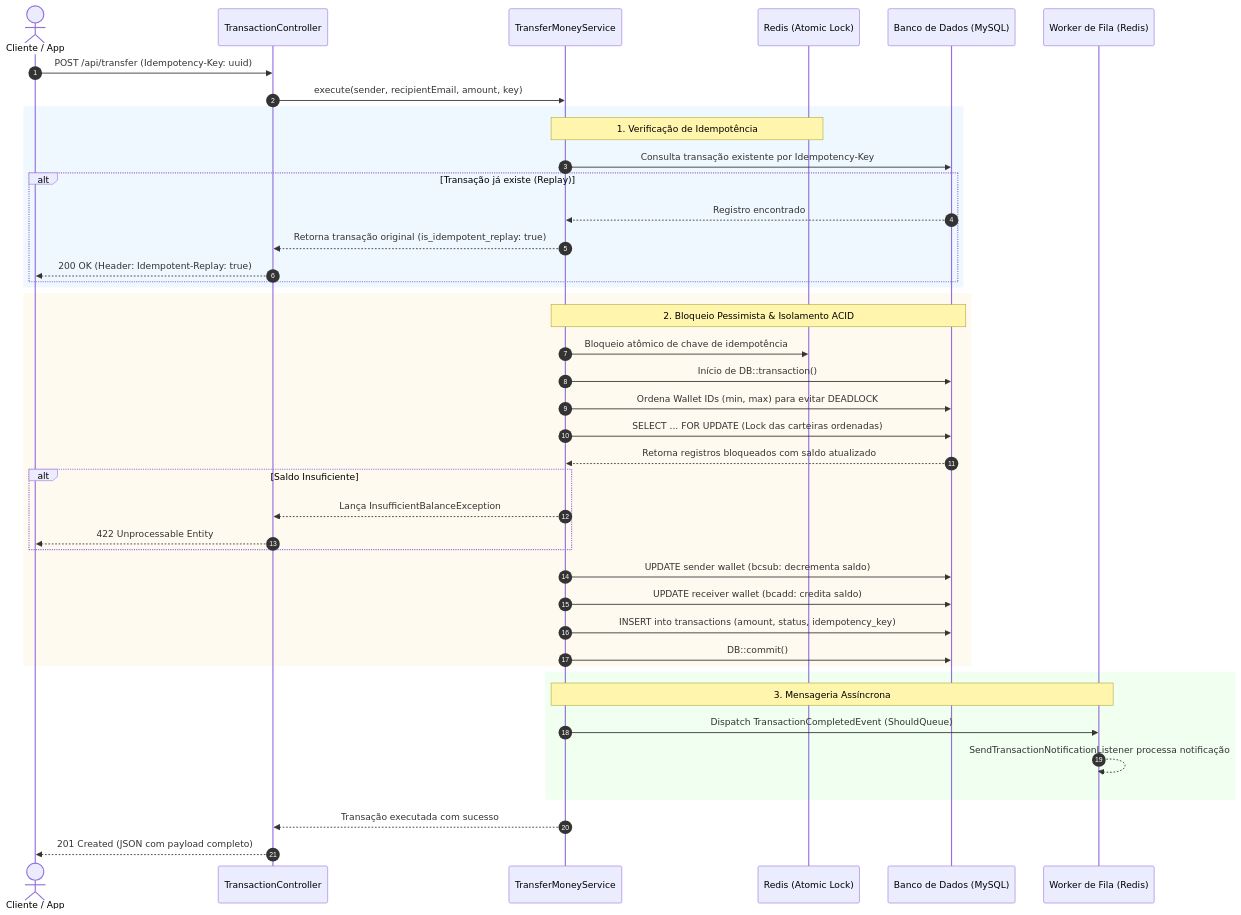
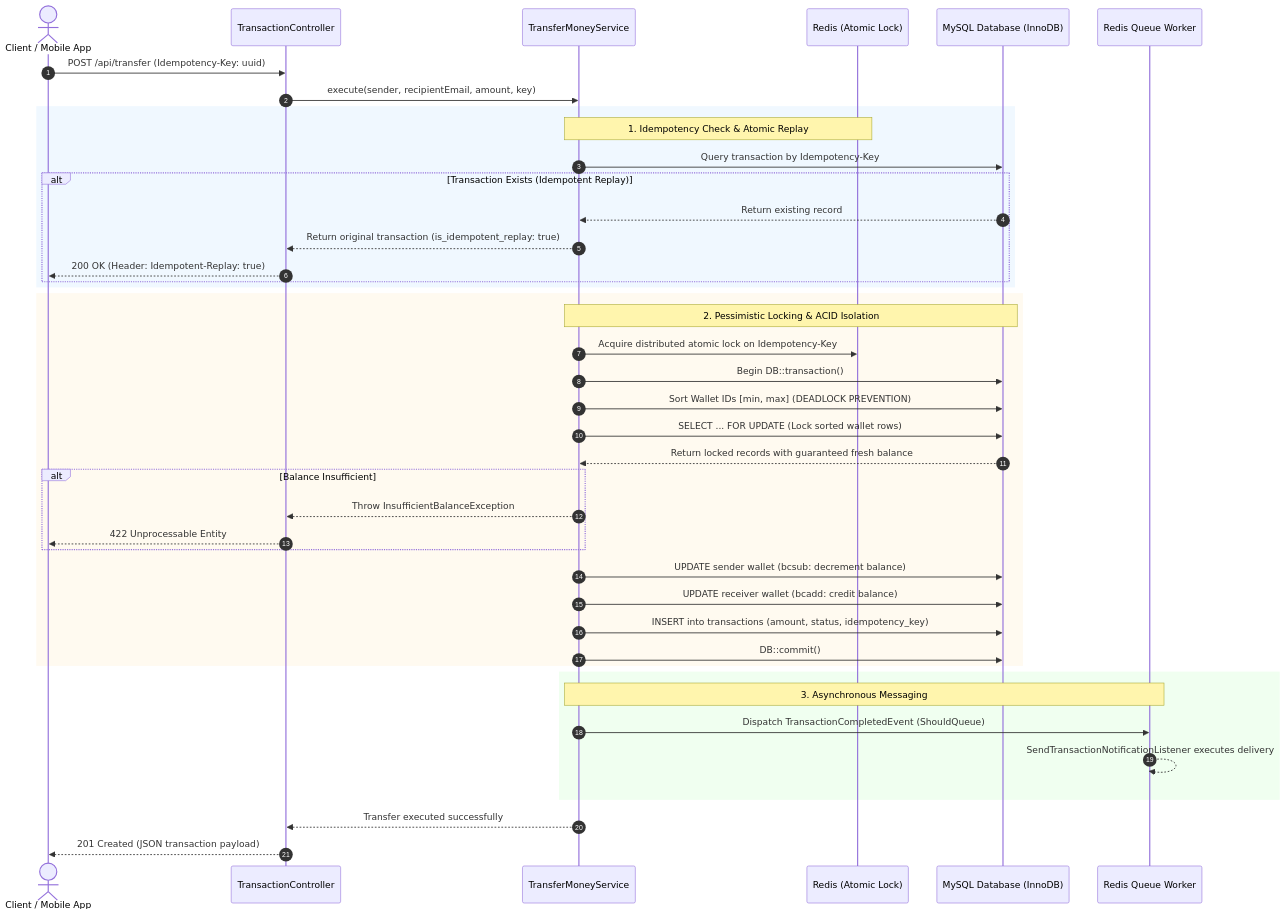
Before and after one commit to neverleans/Wallet-App: the diagram in README.md, drawn with Mermaid. The commit also changed other lines of this file and 1 other file, not shown here.

````diff
--- a/README.md
+++ b/README.md
@@ -36,51 +51,51 @@
 ```mermaid
 sequenceDiagram
     autonumber
-    actor Client as Cliente / App
+    actor Client as Client / Mobile App
     participant Controller as TransactionController
     participant Service as TransferMoneyService
     participant Cache as Redis (Atomic Lock)
-    participant DB as Banco de Dados (MySQL)
-    participant Queue as Worker de Fila (Redis)
+    participant DB as MySQL Database (InnoDB)
+    participant Queue as Redis Queue Worker
 
     Client->>Controller: POST /api/transfer (Idempotency-Key: uuid)
     Controller->>Service: execute(sender, recipientEmail, amount, key)
     
     rect rgb(240, 248, 255)
-    Note over Service,Cache: 1. Verificação de Idempotência
-    Service->>DB: Consulta transação existente por Idempotency-Key
-    alt Transação já existe (Replay)
-        DB-->>Service: Registro encontrado
-        Service-->>Controller: Retorna transação original (is_idempotent_replay: true)
+    Note over Service,Cache: 1. Idempotency Check & Atomic Replay
+    Service->>DB: Query transaction by Idempotency-Key
+    alt Transaction Exists (Idempotent Replay)
+        DB-->>Service: Return existing record
+        Service-->>Controller: Return original transaction (is_idempotent_replay: true)
         Controller-->>Client: 200 OK (Header: Idempotent-Replay: true)
     end
     end
 
     rect rgb(255, 250, 240)
-    Note over Service,DB: 2. Bloqueio Pessimista & Isolamento ACID
-    Service->>Cache: Bloqueio atômico de chave de idempotência
-    Service->>DB: Início de DB::transaction()
-    Service->>DB: Ordena Wallet IDs (min, max) para evitar DEADLOCK
-    Service->>DB: SELECT ... FOR UPDATE (Lock das carteiras ordenadas)
-    DB-->>Service: Retorna registros bloqueados com saldo atualizado
+    Note over Service,DB: 2. Pessimistic Locking & ACID Isolation
+    Service->>Cache: Acquire distributed atomic lock on Idempotency-Key
+    Service->>DB: Begin DB::transaction()
+    Service->>DB: Sort Wallet IDs [min, max] (DEADLOCK PREVENTION)
+    Service->>DB: SELECT ... FOR UPDATE (Lock sorted wallet rows)
+    DB-->>Service: Return locked records with guaranteed fresh balance
     
-    alt Saldo Insuficiente
-        Service-->>Controller: Lança InsufficientBalanceException
+    alt Balance Insufficient
+        Service-->>Controller: Throw InsufficientBalanceException
         Controller-->>Client: 422 Unprocessable Entity
     end
 
-    Service->>DB: UPDATE sender wallet (bcsub: decrementa saldo)
-    Service->>DB: UPDATE receiver wallet (bcadd: credita saldo)
+    Service->>DB: UPDATE sender wallet (bcsub: decrement balance)
+    Service->>DB: UPDATE receiver wallet (bcadd: credit balance)
     Service->>DB: INSERT into transactions (amount, status, idempotency_key)
     Service->>DB: DB::commit()
     end
 
     rect rgb(240, 255, 240)
-    Note over Service,Queue: 3. Mensageria Assíncrona
+    Note over Service,Queue: 3. Asynchronous Messaging
     Service->>Queue: Dispatch TransactionCompletedEvent (ShouldQueue)
-    Queue-->>Queue: SendTransactionNotificationListener processa notificação
+    Queue-->>Queue: SendTransactionNotificationListener executes delivery
     end
 
-    Service-->>Controller: Transação executada com sucesso
-    Controller-->>Client: 201 Created (JSON com payload completo)
+    Service-->>Controller: Transfer executed successfully
+    Controller-->>Client: 201 Created (JSON transaction payload)
 ```
````
